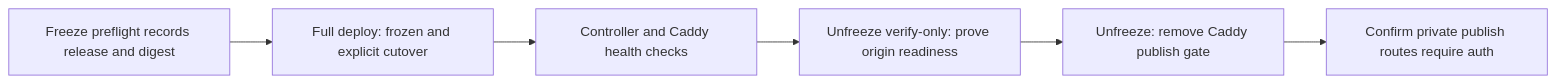
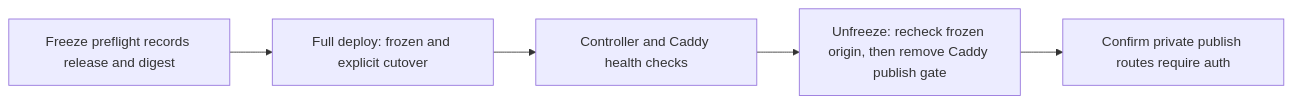
Before and after one commit to jetsaredim/autographs: the second of 3 diagrams in docs/iac-operational-review-findings.md, drawn with Mermaid. The commit also changed other lines of this file and 4 other files, not shown here.

Commit message:
fix: run one readiness-backed production unfreeze

````diff
--- a/docs/iac-operational-review-findings.md
+++ b/docs/iac-operational-review-findings.md
@@ -276,8 +274,7 @@
 ```mermaid
 flowchart LR
   preflight[Freeze preflight records release and digest] --> full[Full deploy: frozen and explicit cutover]
   full --> health[Controller and Caddy health checks]
-  health --> verify[Unfreeze verify-only: prove origin readiness]
-  verify --> unfreeze[Unfreeze: remove Caddy publish gate]
+  health --> unfreeze[Unfreeze: recheck frozen origin, then remove Caddy publish gate]
   unfreeze --> postcheck[Confirm private publish routes require auth]
 ```
````
